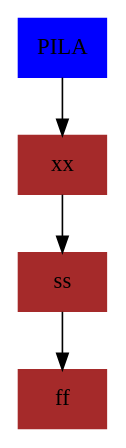
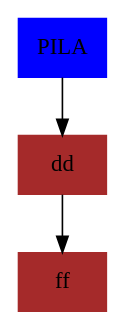
Before and after one commit to JulioR123/Practica1s12015_200915080: the diagram in lista3.dot, drawn with Graphviz. The commit also changed 13 other files, not shown here.

```diff
--- a/lista3.dot
+++ b/lista3.dot
@@ -1,1 +1,1 @@
-digraph G {  PILA[shape=box,color=blue, style=filled]PILA -> xx;xx[shape=box,color=brown, style=filled]xx -> ss;ss[shape=box,color=brown, style=filled]ss ->   ff;  ff[shape=box,color=brown, style=filled]}
+digraph G {  PILA[shape=box,color=blue, style=filled]PILA -> dd;dd[shape=box,color=brown, style=filled]dd -> ff;ff[shape=box,color=brown, style=filled]}
```
